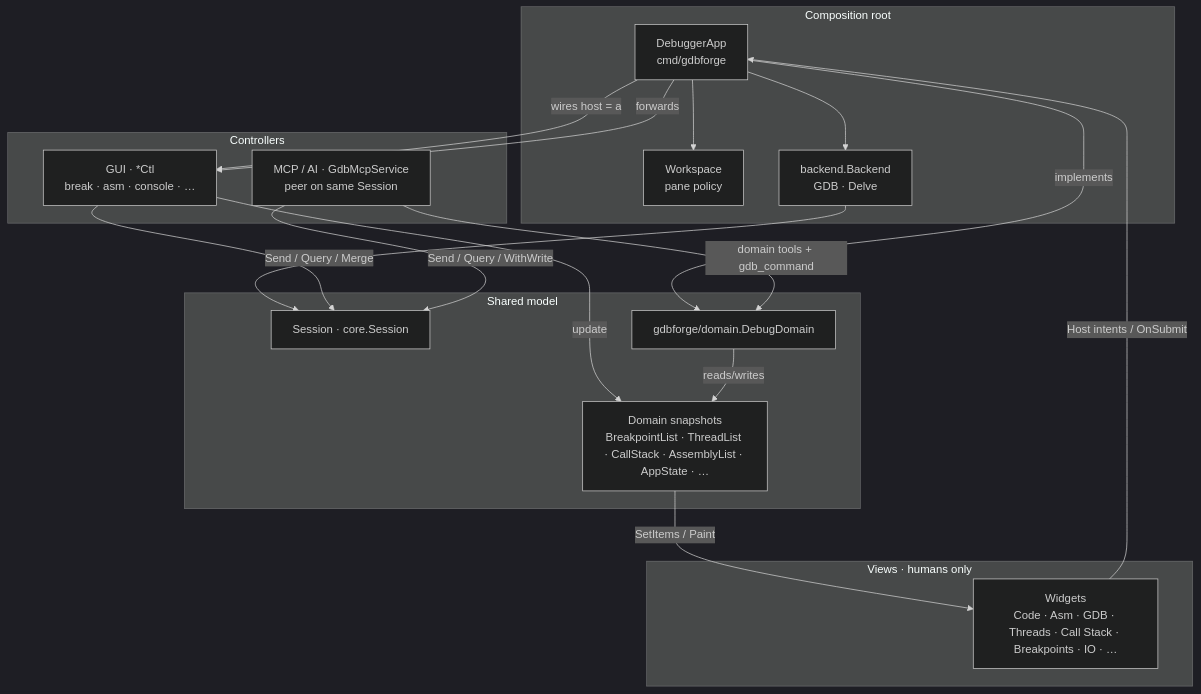
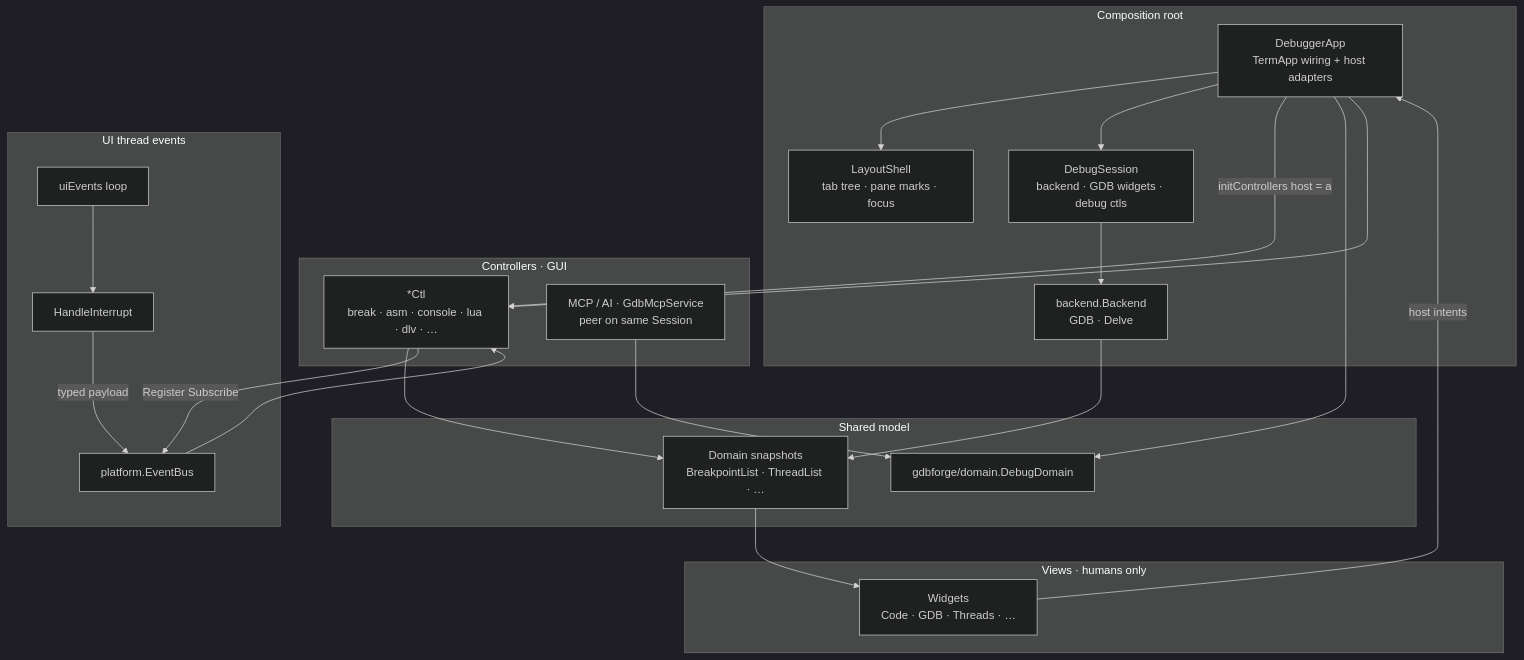
Before and after one commit to yairgd/gdbforge: the first of 10 diagrams in docs/ARCHITECTURE.md, drawn with Mermaid (dark theme). The commit also changed other lines of this file and 34 other files, not shown here.

First line of the commit message:
Split DebuggerApp into LayoutShell and DebugSession.

````diff
--- a/docs/ARCHITECTURE.md
+++ b/docs/ARCHITECTURE.md
@@ -22,38 +22,46 @@
 ```mermaid
 flowchart TB
     subgraph root ["Composition root"]
-        App["DebuggerApp<br/>cmd/gdbforge"]
-        WS["Workspace<br/>pane policy"]
+        App["DebuggerApp<br/>TermApp wiring + host adapters"]
+        Shell["LayoutShell<br/>tab tree · pane marks · focus"]
+        Sess["DebugSession<br/>backend · GDB widgets · debug ctls"]
         BE["backend.Backend<br/>GDB · Delve"]
     end
 
-    subgraph controllers ["Controllers"]
-        GUI["GUI · *Ctl<br/>break · asm · console · …"]
+    subgraph controllers ["Controllers · GUI"]
+        GUI["*Ctl<br/>break · asm · console · lua · dlv · …"]
         MCP["MCP / AI · GdbMcpService<br/>peer on same Session"]
     end
 
+    subgraph events ["UI thread events"]
+        UI["uiEvents loop"]
+        HI["HandleInterrupt"]
+        Bus["platform.EventBus"]
+    end
+
     subgraph model ["Shared model"]
-        Sess["Session · core.Session"]
-        Dom["Domain snapshots<br/>BreakpointList · ThreadList · CallStack · AssemblyList · AppState · …"]
+        Dom["Domain snapshots<br/>BreakpointList · ThreadList · …"]
         Surf["gdbforge/domain.DebugDomain"]
     end
 
     subgraph views ["Views · humans only"]
-        W["Widgets<br/>Code · Asm · GDB · Threads · Call Stack · Breakpoints · IO · …"]
+        W["Widgets<br/>Code · GDB · Threads · …"]
     end
 
-    App --> WS
-    App --> BE
-    App -->|"wires host = a"| GUI
-    BE --> Sess
-    GUI -->|"Send / Query / Merge"| Sess
-    GUI -->|"update"| Dom
-    App -->|"implements"| Surf
-    MCP -->|"domain tools + gdb_command"| Surf
-    MCP -->|"Send / Query / WithWrite"| Sess
-    Surf -->|"reads/writes"| Dom
+    App --> Shell
+    App --> Sess
+    Sess --> BE
+    App -->|"initControllers host = a"| GUI
+    BE --> Dom
+    GUI --> Dom
+    App --> Surf
+    MCP --> Surf
 
-    Dom -->|"SetItems / Paint"| W
-    W -->|"Host intents / OnSubmit"| App
-    App -->|"forwards"| GUI
+    GUI -->|"Register Subscribe"| Bus
+    UI --> HI
+    HI -->|"typed payload"| Bus
+    Bus --> GUI
+    Dom --> W
+    W -->|"host intents"| App
+    App --> GUI
 ```
````
